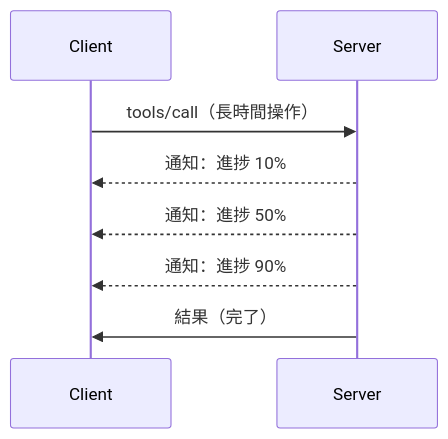
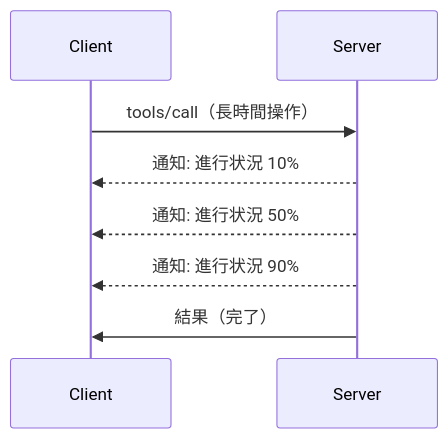
One commit to HIDORAKAI002/ai-workspace-archive changed the diagram in mcp_ecosystem__model_context_protocol/mcp_learning_resources/mcp-for-beginners/translations/ja/05-AdvancedTopics/mcp-protocol-features/README.md. Above: the diagram before and after it, drawn with Mermaid. The commit also changed other lines of this file and 1046 other files, not shown here.

````diff
--- a/mcp_ecosystem__model_context_protocol/mcp_learning_resources/mcp-for-beginners/translations/ja/05-AdvancedTopics/mcp-protocol-features/README.md
+++ b/mcp_ecosystem__model_context_protocol/mcp_learning_resources/mcp-for-beginners/translations/ja/05-AdvancedTopics/mcp-protocol-features/README.md
@@ -22,11 +24,11 @@
 ```mermaid
 sequenceDiagram
     participant Client
     participant Server
     
     Client->>Server: tools/call（長時間操作）
-    Server-->>Client: 通知：進捗 10%
-    Server-->>Client: 通知：進捗 50%
-    Server-->>Client: 通知：進捗 90%
+    Server-->>Client: 通知: 進行状況 10%
+    Server-->>Client: 通知: 進行状況 50%
+    Server-->>Client: 通知: 進行状況 90%
     Server->>Client: 結果（完了）
 ```
````
